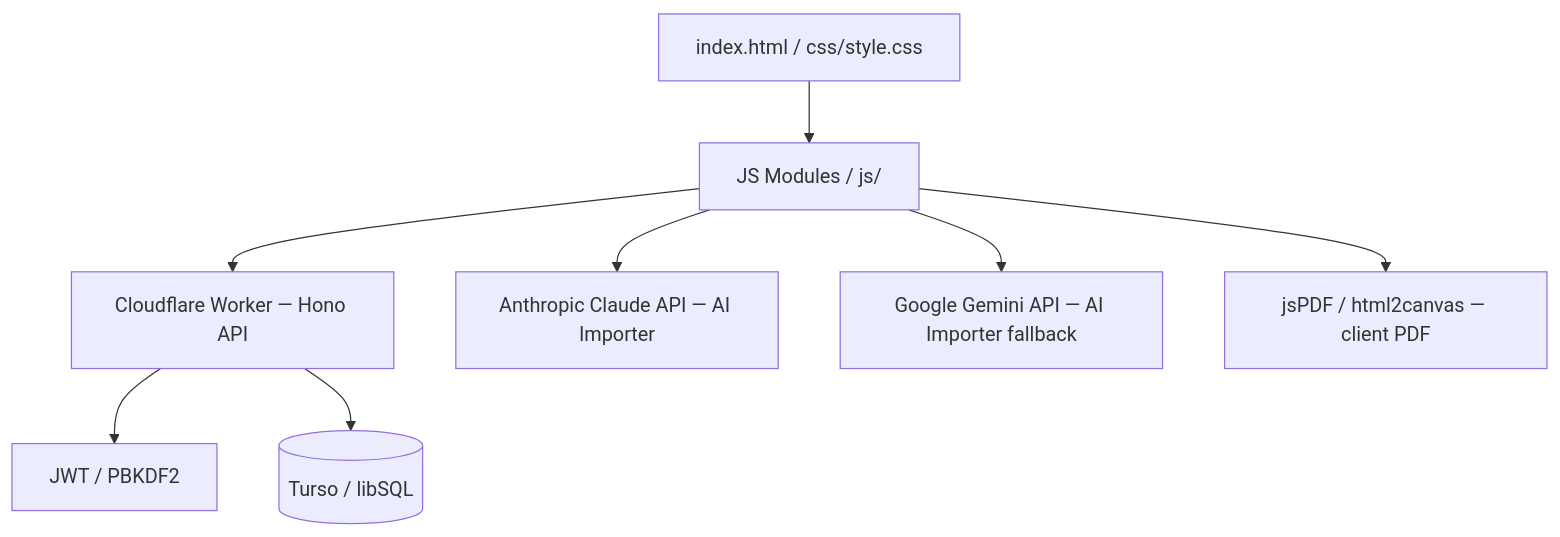
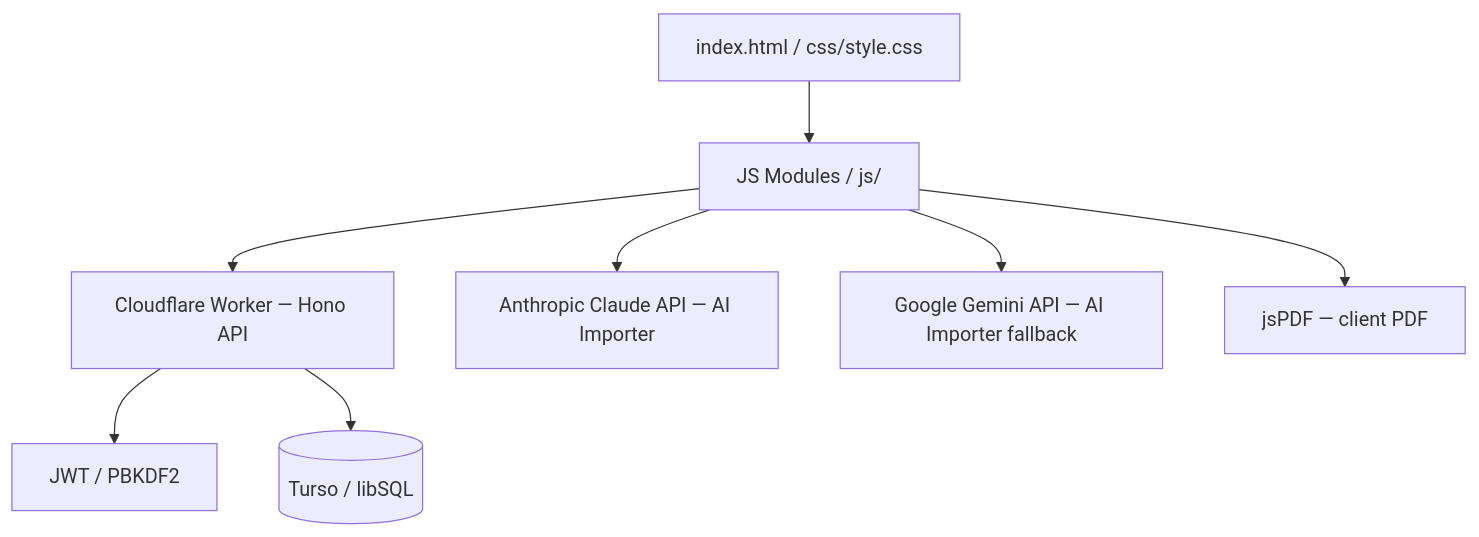
The diagram in README.md (theronv/trainingflow), drawn with Mermaid before and after one commit. The commit also changed other lines of this file and 10 other files, not shown here.

````diff
--- a/README.md
+++ b/README.md
@@ -39,10 +39,10 @@
 ```mermaid
 graph TD
     UI[index.html / css/style.css] --> JS[JS Modules / js/]
     JS --> Worker[Cloudflare Worker — Hono API]
     Worker --> Auth[JWT / PBKDF2]
     Worker --> DB[(Turso / libSQL)]
     JS --> Claude[Anthropic Claude API — AI Importer]
     JS --> Gemini[Google Gemini API — AI Importer fallback]
-    JS --> PDF[jsPDF / html2canvas — client PDF]
+    JS --> PDF[jsPDF — client PDF]
 ```
````
